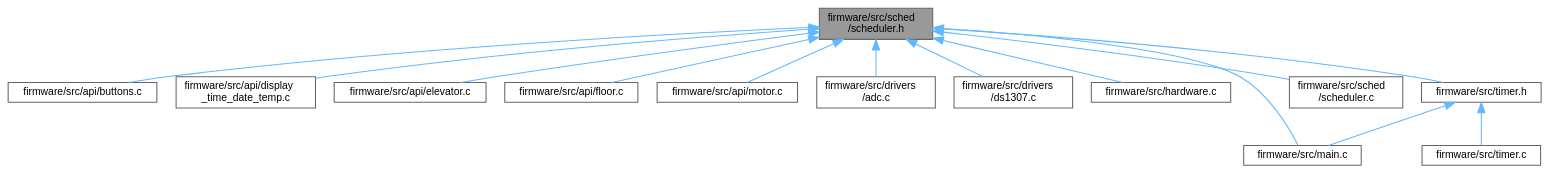
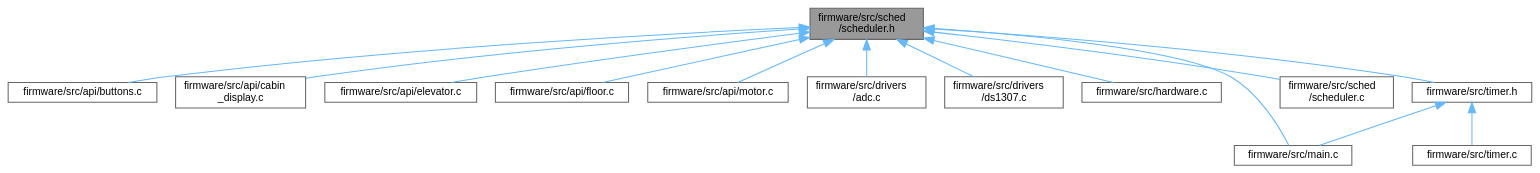
One commit to Ghaadyy/elevator-controller changed the diagram in dev/scheduler_8h__dep__incl.dot. Above: the diagram before and after it, drawn with Graphviz. The commit also changed 83 other files, not shown here.

```diff
--- a/dev/scheduler_8h__dep__incl.dot
+++ b/dev/scheduler_8h__dep__incl.dot
@@ -1,33 +1,33 @@
 digraph "firmware/src/sched/scheduler.h"
 {
  // LATEX_PDF_SIZE
   bgcolor="transparent";
   edge [fontname=Helvetica,fontsize=10,labelfontname=Helvetica,labelfontsize=10];
   node [fontname=Helvetica,fontsize=10,shape=box,height=0.2,width=0.4];
   Node1 [id="Node000001",label="firmware/src/sched\l/scheduler.h",height=0.2,width=0.4,color="gray40", fillcolor="grey60", style="filled", fontcolor="black",tooltip=" "];
   Node1 -> Node2 [id="edge1_Node000001_Node000002",dir="back",color="steelblue1",style="solid",tooltip=" "];
   Node2 [id="Node000002",label="firmware/src/api/buttons.c",height=0.2,width=0.4,color="grey40", fillcolor="white", style="filled",URL="$buttons_8c.html",tooltip=" "];
   Node1 -> Node3 [id="edge2_Node000001_Node000003",dir="back",color="steelblue1",style="solid",tooltip=" "];
-  Node3 [id="Node000003",label="firmware/src/api/display\l_time_date_temp.c",height=0.2,width=0.4,color="grey40", fillcolor="white", style="filled",URL="$display__time__date__temp_8c.html",tooltip=" "];
+  Node3 [id="Node000003",label="firmware/src/api/cabin\l_display.c",height=0.2,width=0.4,color="grey40", fillcolor="white", style="filled",URL="$cabin__display_8c.html",tooltip=" "];
   Node1 -> Node4 [id="edge3_Node000001_Node000004",dir="back",color="steelblue1",style="solid",tooltip=" "];
   Node4 [id="Node000004",label="firmware/src/api/elevator.c",height=0.2,width=0.4,color="grey40", fillcolor="white", style="filled",URL="$elevator_8c.html",tooltip="The scheduler for the elevator."];
   Node1 -> Node5 [id="edge4_Node000001_Node000005",dir="back",color="steelblue1",style="solid",tooltip=" "];
   Node5 [id="Node000005",label="firmware/src/api/floor.c",height=0.2,width=0.4,color="grey40", fillcolor="white", style="filled",URL="$floor_8c.html",tooltip="Implementation of the floor monitor API."];
   Node1 -> Node6 [id="edge5_Node000001_Node000006",dir="back",color="steelblue1",style="solid",tooltip=" "];
   Node6 [id="Node000006",label="firmware/src/api/motor.c",height=0.2,width=0.4,color="grey40", fillcolor="white", style="filled",URL="$motor_8c.html",tooltip=" "];
   Node1 -> Node7 [id="edge6_Node000001_Node000007",dir="back",color="steelblue1",style="solid",tooltip=" "];
   Node7 [id="Node000007",label="firmware/src/drivers\l/adc.c",height=0.2,width=0.4,color="grey40", fillcolor="white", style="filled",URL="$adc_8c.html",tooltip=" "];
   Node1 -> Node8 [id="edge7_Node000001_Node000008",dir="back",color="steelblue1",style="solid",tooltip=" "];
   Node8 [id="Node000008",label="firmware/src/drivers\l/ds1307.c",height=0.2,width=0.4,color="grey40", fillcolor="white", style="filled",URL="$ds1307_8c.html",tooltip=" "];
   Node1 -> Node9 [id="edge8_Node000001_Node000009",dir="back",color="steelblue1",style="solid",tooltip=" "];
   Node9 [id="Node000009",label="firmware/src/hardware.c",height=0.2,width=0.4,color="grey40", fillcolor="white", style="filled",URL="$hardware_8c.html",tooltip=" "];
   Node1 -> Node10 [id="edge9_Node000001_Node000010",dir="back",color="steelblue1",style="solid",tooltip=" "];
   Node10 [id="Node000010",label="firmware/src/main.c",height=0.2,width=0.4,color="grey40", fillcolor="white", style="filled",URL="$main_8c.html",tooltip=" "];
   Node1 -> Node11 [id="edge10_Node000001_Node000011",dir="back",color="steelblue1",style="solid",tooltip=" "];
   Node11 [id="Node000011",label="firmware/src/sched\l/scheduler.c",height=0.2,width=0.4,color="grey40", fillcolor="white", style="filled",URL="$scheduler_8c.html",tooltip="Co-operative scheduler."];
   Node1 -> Node12 [id="edge11_Node000001_Node000012",dir="back",color="steelblue1",style="solid",tooltip=" "];
   Node12 [id="Node000012",label="firmware/src/timer.h",height=0.2,width=0.4,color="grey40", fillcolor="white", style="filled",URL="$timer_8h.html",tooltip=" "];
   Node12 -> Node10 [id="edge12_Node000012_Node000010",dir="back",color="steelblue1",style="solid",tooltip=" "];
   Node12 -> Node13 [id="edge13_Node000012_Node000013",dir="back",color="steelblue1",style="solid",tooltip=" "];
   Node13 [id="Node000013",label="firmware/src/timer.c",height=0.2,width=0.4,color="grey40", fillcolor="white", style="filled",URL="$timer_8c.html",tooltip=" "];
 }
```
